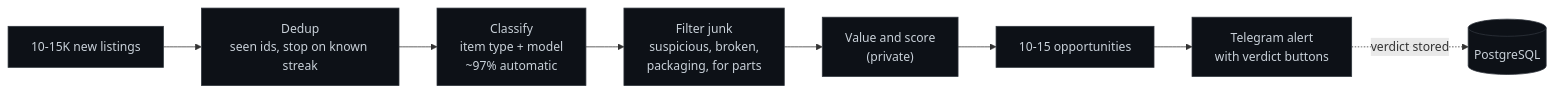
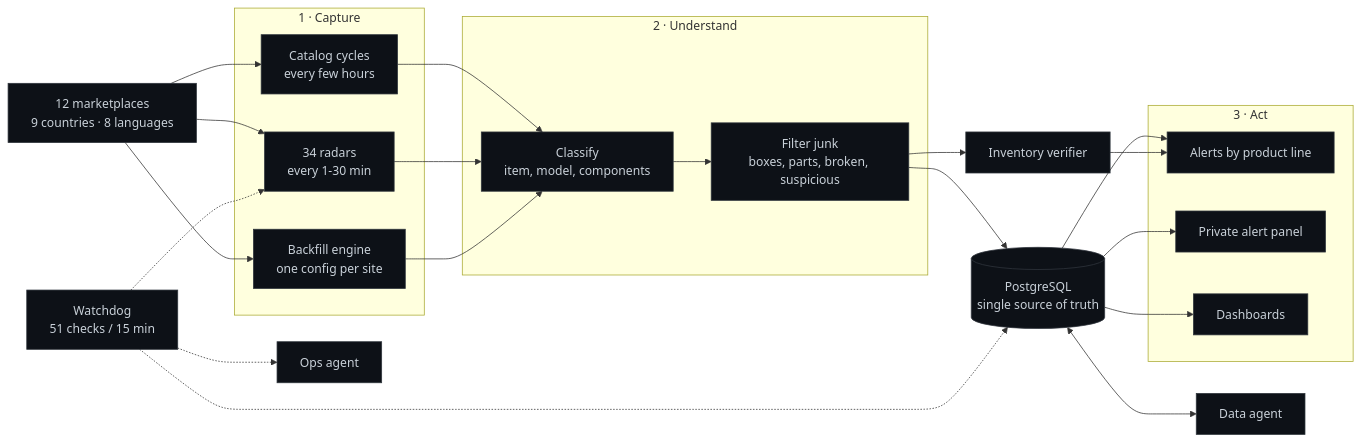
The first of 4 diagrams in README.md (miguelmoga2002-alt/market-intelligence-agent), drawn with Mermaid before and after one commit. The commit also changed other lines of this file and 6 other files, not shown here.

````diff
--- a/README.md
+++ b/README.md
@@ -41,12 +37,32 @@
 ```mermaid
 flowchart LR
-    A["10-15K new listings"] --> B["Dedup<br/>seen ids, stop on known streak"]
-    B --> C["Classify<br/>item type + model<br/>~97% automatic"]
-    C --> D["Filter junk<br/>suspicious, broken,<br/>packaging, for parts"]
-    D --> E["Value and score<br/>(private)"]
-    E --> F["10-15 opportunities"]
-    F --> G["Telegram alert<br/>with verdict buttons"]
-    G -. verdict stored .-> DB[("PostgreSQL")]
+    SRC["12 marketplaces<br/>9 countries · 8 languages"]
+    subgraph CAP["1 · Capture"]
+      C1["Catalog cycles<br/>every few hours"]
+      C2["34 radars<br/>every 1-30 min"]
+      C3["Backfill engine<br/>one config per site"]
+    end
+    subgraph UND["2 · Understand"]
+      K["Classify<br/>item, model, components"]
+      J["Filter junk<br/>boxes, parts, broken, suspicious"]
+    end
+    DB[("PostgreSQL<br/>single source of truth")]
+    subgraph ACT["3 · Act"]
+      A1["Alerts by product line"]
+      A2["Private alert panel"]
+      A3["Dashboards"]
+    end
+    G1["Data agent"]
+    G2["Inventory verifier"]
+    G3["Ops agent"]
+    W["Watchdog<br/>51 checks / 15 min"]
+    SRC --> C1 & C2 & C3 --> K --> J --> DB
+    DB --> A1 & A2 & A3
+    DB <--> G1
+    J --> G2 --> A1
+    W -.-> C2
+    W -.-> DB
+    W -.-> G3
     classDef s fill:#0d1117,stroke:#30363d,color:#c9d1d9;
-    class A,B,C,D,E,F,G,DB s;
+    class SRC,C1,C2,C3,K,J,DB,A1,A2,A3,G1,G2,G3,W s;
 ```
````
